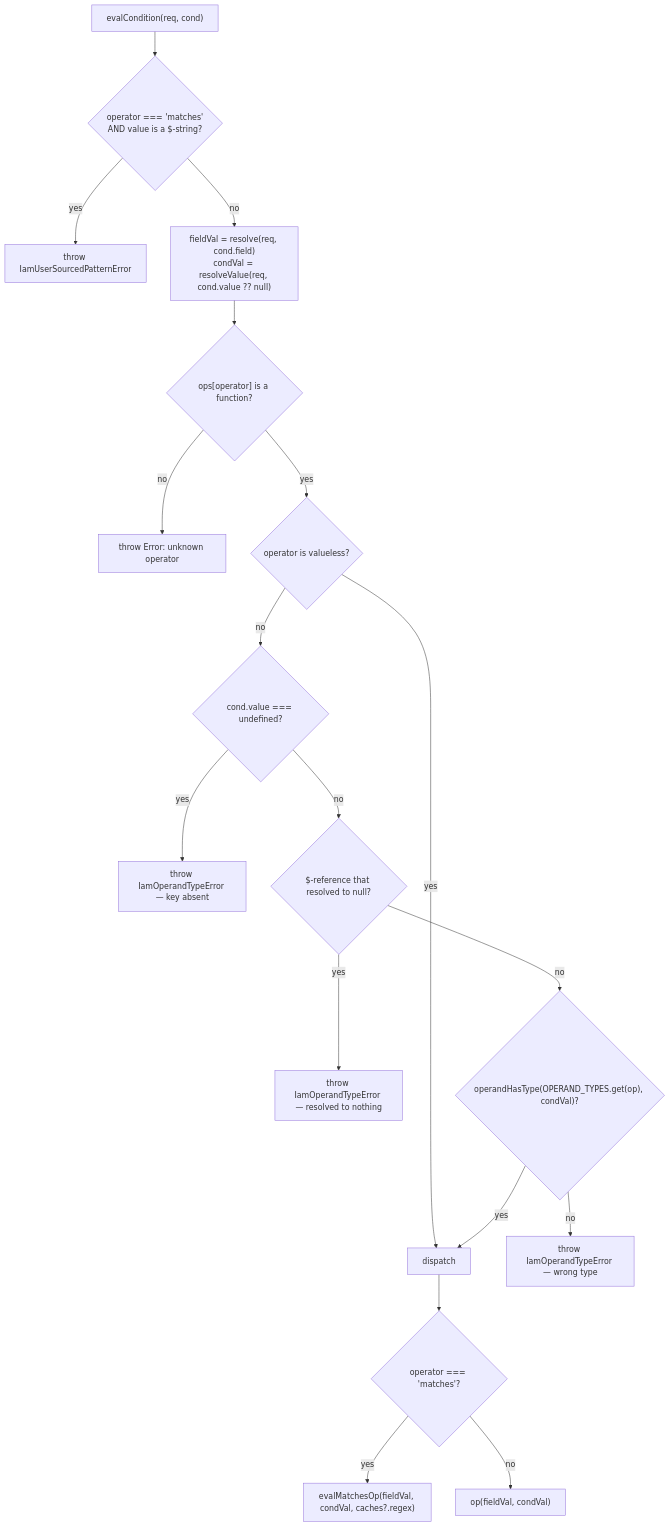
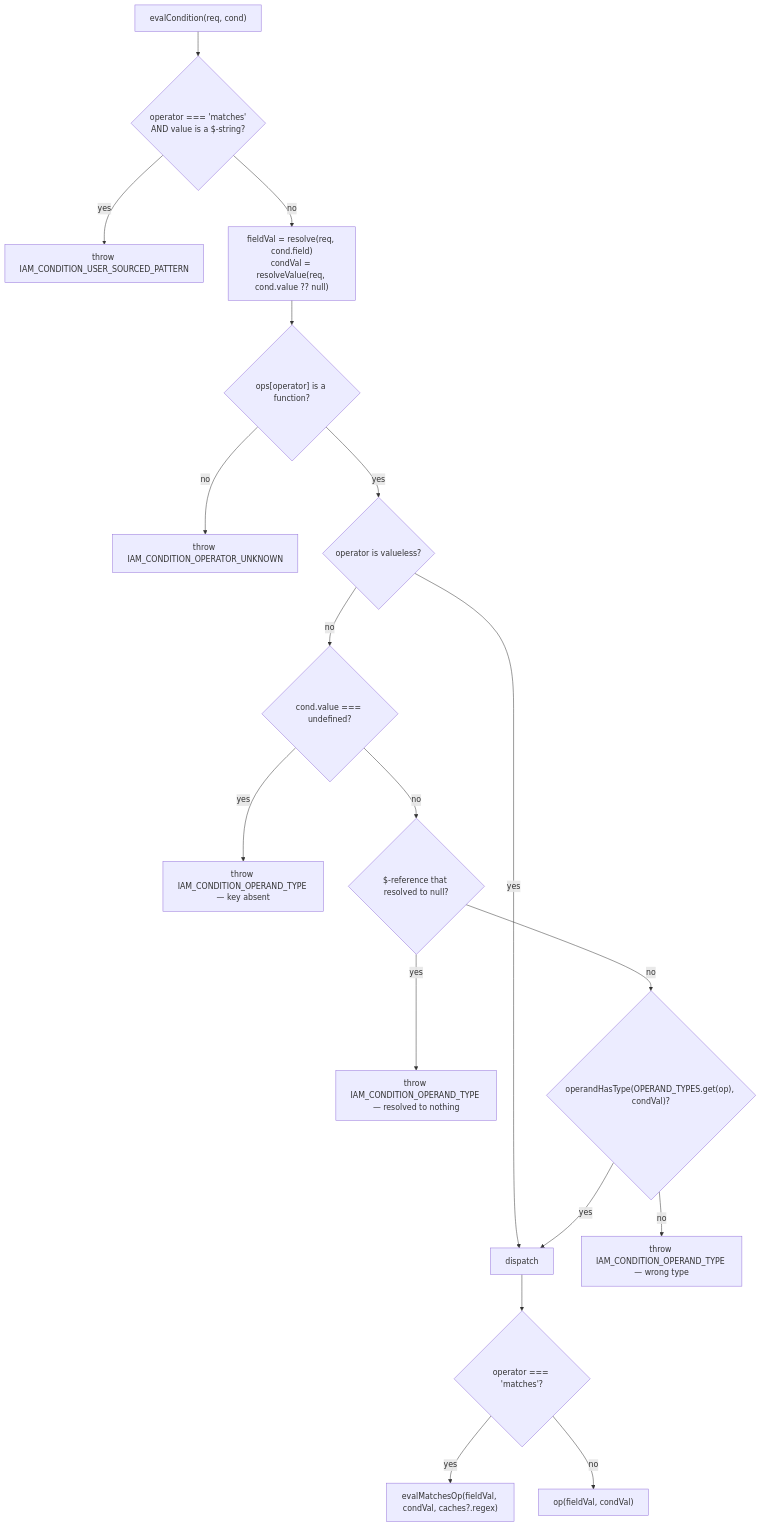
The second of 2 diagrams in packages/duck-iam/docs/reference/core-evaluate.md (gentleeduck/duck-iam), drawn with Mermaid before and after one commit. The commit also changed other lines of this file and 7 other files, not shown here.

````diff
--- a/packages/duck-iam/docs/reference/core-evaluate.md
+++ b/packages/duck-iam/docs/reference/core-evaluate.md
@@ -766,20 +773,20 @@
 ```mermaid
 flowchart TD
   A["evalCondition(req, cond)"] --> B{"operator === 'matches'<br/>AND value is a $-string?"}
-  B -->|yes| E1["throw IamUserSourcedPatternError"]
+  B -->|yes| E1["throw IAM_CONDITION_USER_SOURCED_PATTERN"]
   B -->|no| C["fieldVal = resolve(req, cond.field)<br/>condVal = resolveValue(req, cond.value ?? null)"]
   C --> D{"ops[operator] is a function?"}
-  D -->|no| E2["throw Error: unknown operator"]
+  D -->|no| E2["throw IAM_CONDITION_OPERATOR_UNKNOWN"]
   D -->|yes| F{"operator is valueless?"}
   F -->|yes| J["dispatch"]
   F -->|no| G{"cond.value === undefined?"}
-  G -->|yes| E3["throw IamOperandTypeError — key absent"]
+  G -->|yes| E3["throw IAM_CONDITION_OPERAND_TYPE — key absent"]
   G -->|no| H{"$-reference that resolved to null?"}
-  H -->|yes| E4["throw IamOperandTypeError — resolved to nothing"]
+  H -->|yes| E4["throw IAM_CONDITION_OPERAND_TYPE — resolved to nothing"]
   H -->|no| I{"operandHasType(OPERAND_TYPES.get(op), condVal)?"}
-  I -->|no| E5["throw IamOperandTypeError — wrong type"]
+  I -->|no| E5["throw IAM_CONDITION_OPERAND_TYPE — wrong type"]
   I -->|yes| J
   J --> K{"operator === 'matches'?"}
   K -->|yes| L["evalMatchesOp(fieldVal, condVal, caches?.regex)"]
   K -->|no| M["op(fieldVal, condVal)"]
 ```
````
